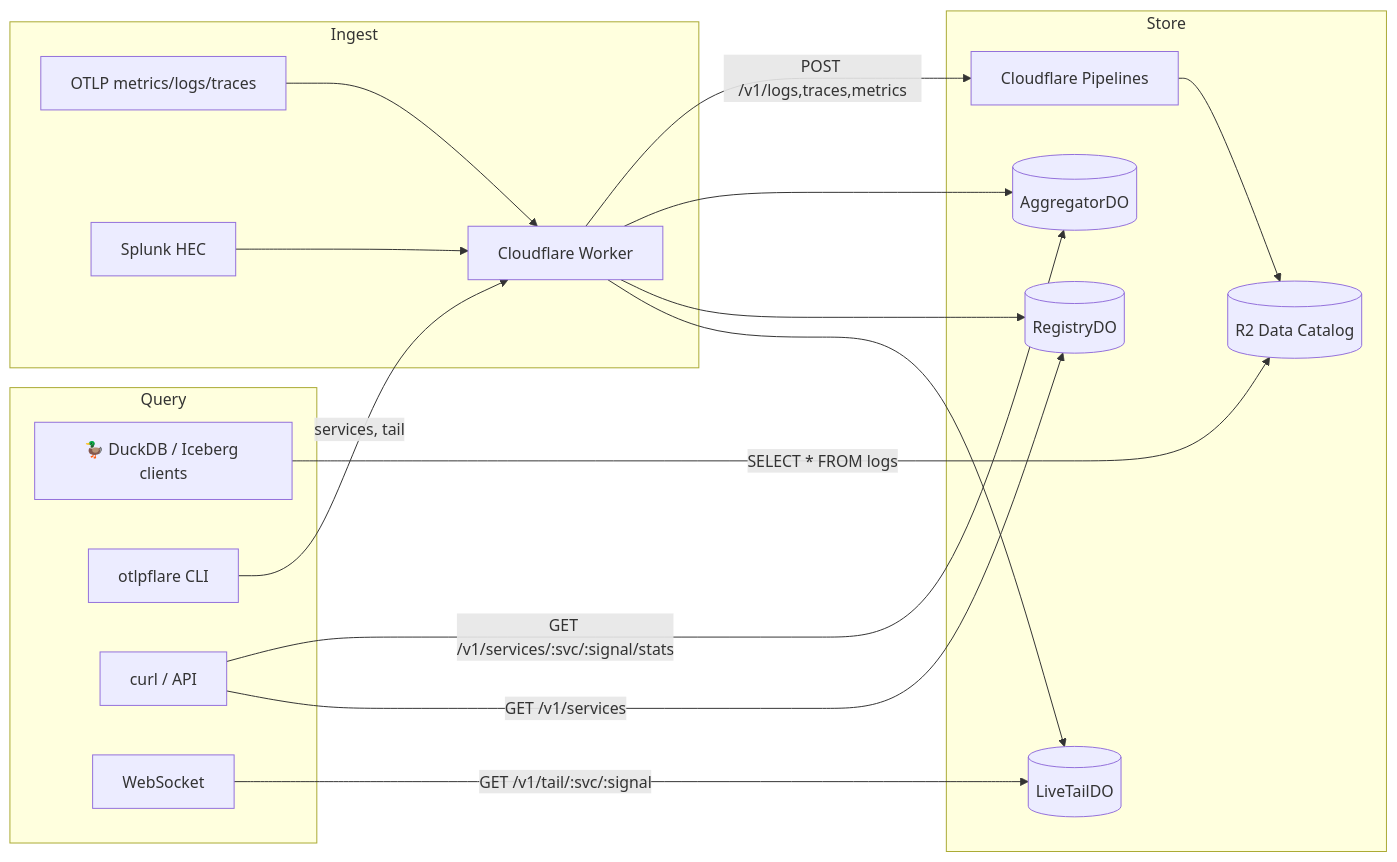
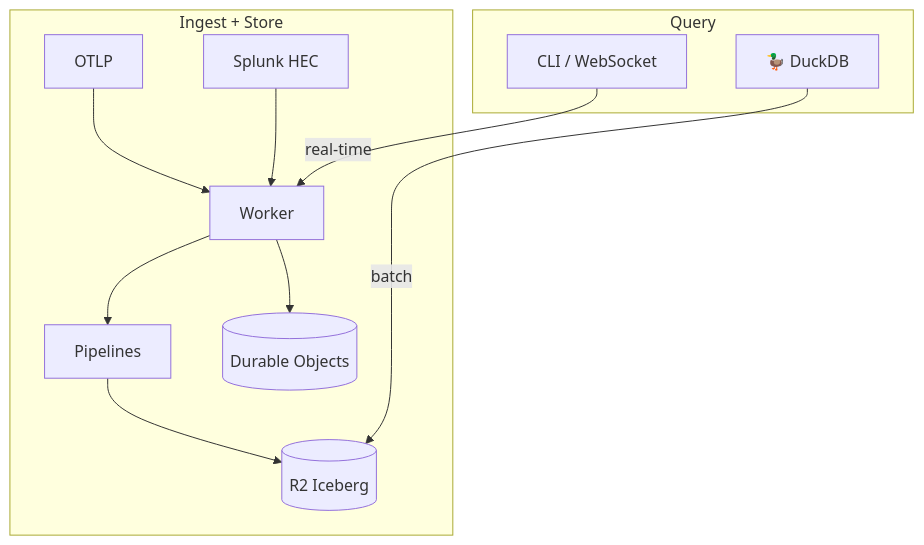
One commit to smithclay/otlp2pipeline changed the diagram in README.md. Above: the diagram before and after it, drawn with Mermaid. The commit also changed 6 other files, not shown here.

Commit message:
refactor(cli): unify naming functions, simplify README diagram

````diff
--- a/README.md
+++ b/README.md
@@ -12,23 +12,15 @@
 ```mermaid
-flowchart LR
-    subgraph Ingest["Ingest"]
-        OTLP[OTLP metrics/logs/traces] --> W[Cloudflare Worker]
+flowchart TB
+    subgraph Ingest["Ingest + Store"]
+        OTLP[OTLP] --> W[Worker]
         HEC[Splunk HEC] --> W
-    end
-
-    subgraph Store["Store"]
-        W -->|POST /v1/logs,traces,metrics| P[Cloudflare Pipelines]
-        P --> R2[(R2 Data Catalog)]
-        W --> ADO[("AggregatorDO")]
-        W --> RDO[("RegistryDO")]
-        W --> LDO[("LiveTailDO")]
+        W --> P[Pipelines]
+        W --> DOs[(Durable Objects)]
+        P --> R2[(R2 Iceberg)]
     end
 
     subgraph Query["Query"]
-        DuckDB[🦆 DuckDB / Iceberg clients] -->|SELECT * FROM logs| R2
-        CLI[otlpflare CLI] -->|services, tail| W
-        API[curl / API] -->|GET /v1/services/:svc/:signal/stats| ADO
-        API -->|GET /v1/services| RDO
-        WS[WebSocket] -->|GET /v1/tail/:svc/:signal| LDO
+        CLI[CLI / WebSocket] -->|real-time| W
+        DuckDB[🦆 DuckDB] -->|batch| R2
     end
 ```
````
